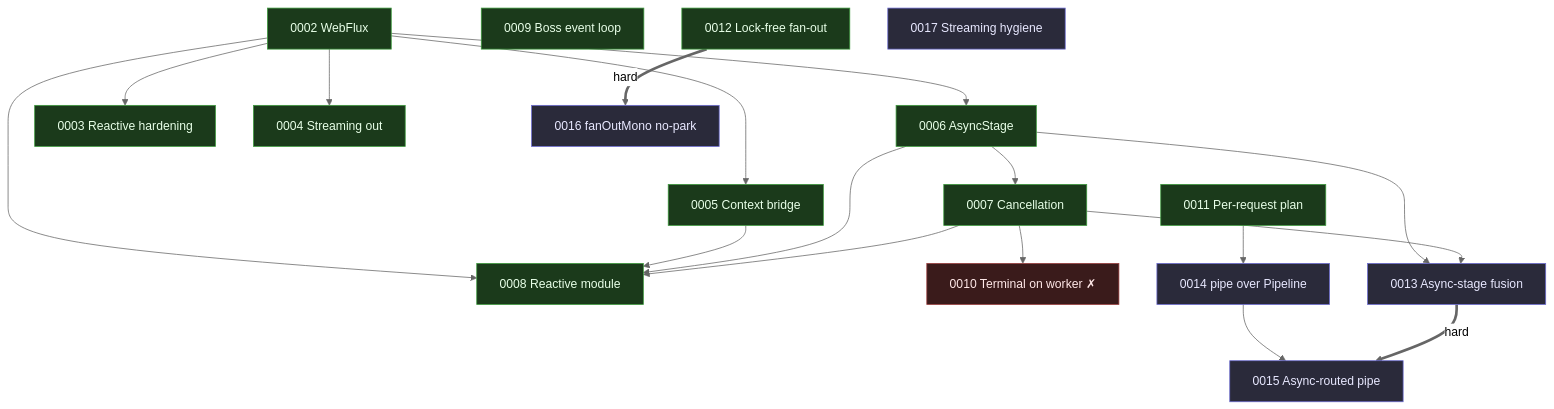
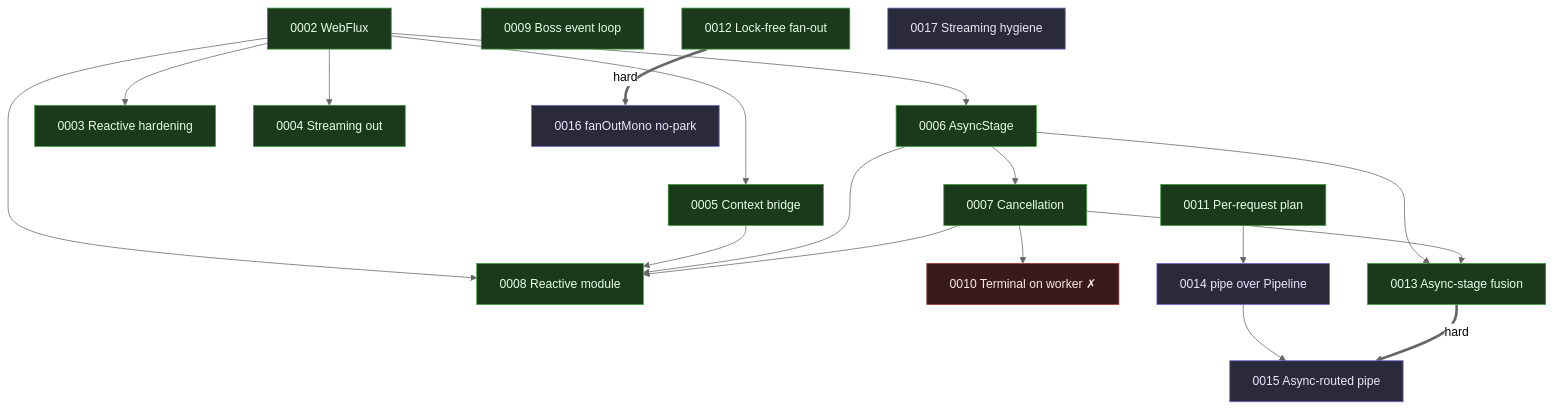
The diagram in docs/rfc/0000-index.md (fabiangftech/nioflow), drawn with Mermaid (neutral theme) before and after one commit. The commit also changed other lines of this file and 4 other files, not shown here.

````diff
--- a/docs/rfc/0000-index.md
+++ b/docs/rfc/0000-index.md
@@ -37,40 +37,40 @@
 ```mermaid
 flowchart TD
     classDef done fill:#1b3a1b,stroke:#3c9a3c,color:#e8ffe8
     classDef prop fill:#2a2a3a,stroke:#6a6ad0,color:#e8e8ff
     classDef rej fill:#3a1b1b,stroke:#9a3c3c,color:#ffe8e8
     classDef hard stroke-width:3px
 
     %% ── implemented (0001–0008) ──
     R0002["0002 WebFlux"]:::done
     R0006["0006 AsyncStage"]:::done
     R0007["0007 Cancellation"]:::done
     R0002 --> R0006 --> R0007
     R0002 --> R0003["0003 Reactive hardening"]:::done
     R0002 --> R0004["0004 Streaming out"]:::done
     R0002 --> R0005["0005 Context bridge"]:::done
     R0002 --> R0008["0008 Reactive module"]:::done
     R0005 --> R0008
     R0006 --> R0008
     R0007 --> R0008
 
     %% ── proposed core (0009–0013) ──
     R0009["0009 Boss event loop"]:::done
     R0010["0010 Terminal on worker ✗"]:::rej
     R0011["0011 Per-request plan"]:::done
     R0012["0012 Lock-free fan-out"]:::done
-    R0013["0013 Async-stage fusion"]:::prop
+    R0013["0013 Async-stage fusion"]:::done
     R0007 --> R0010
     R0006 --> R0013
     R0007 --> R0013
 
     %% ── proposed reactive (0014–0017) ──
     R0014["0014 pipe over Pipeline"]:::prop
     R0015["0015 Async-routed pipe"]:::prop
     R0016["0016 fanOutMono no-park"]:::prop
     R0017["0017 Streaming hygiene"]:::prop
     R0011 --> R0014
     R0014 --> R0015
     R0013 == hard ==> R0015
     R0012 == hard ==> R0016
 ```
````
